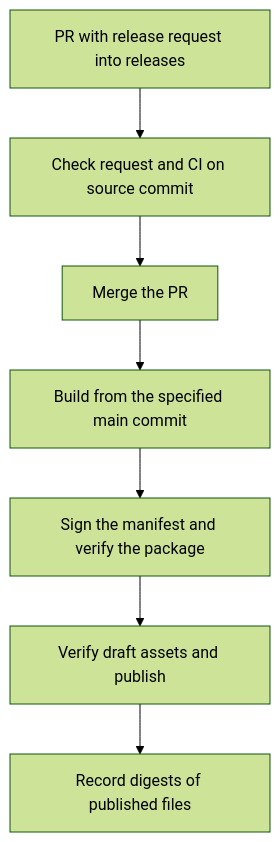
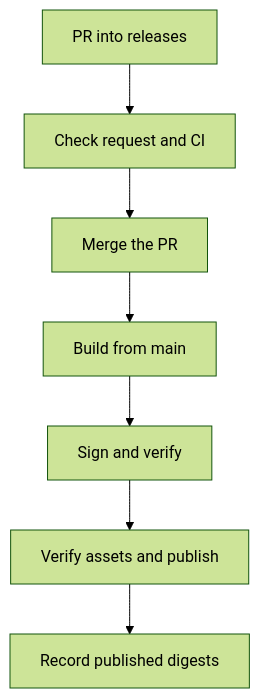
One commit to MrAliev/local-ai-toolkit changed the diagram in docs/wiki/Trust-and-security.md. Above: the diagram before and after it, drawn with Mermaid (forest theme). The commit also changed other lines of this file and 14 other files, not shown here.

````diff
--- a/docs/wiki/Trust-and-security.md
+++ b/docs/wiki/Trust-and-security.md
@@ -16,9 +18,9 @@
 ```mermaid
 flowchart TB
-  request["PR with release request into releases"] --> check["Check request and CI on source commit"]
+  request["PR into releases"] --> check["Check request and CI"]
   check --> merge["Merge the PR"]
-  merge --> build["Build from the specified main commit"]
-  build --> sign["Sign the manifest and verify the package"]
-  sign --> assets["Verify draft assets and publish"]
-  assets --> record["Record digests of published files"]
+  merge --> build["Build from main"]
+  build --> sign["Sign and verify"]
+  sign --> assets["Verify assets and publish"]
+  assets --> record["Record published digests"]
 ```
````
